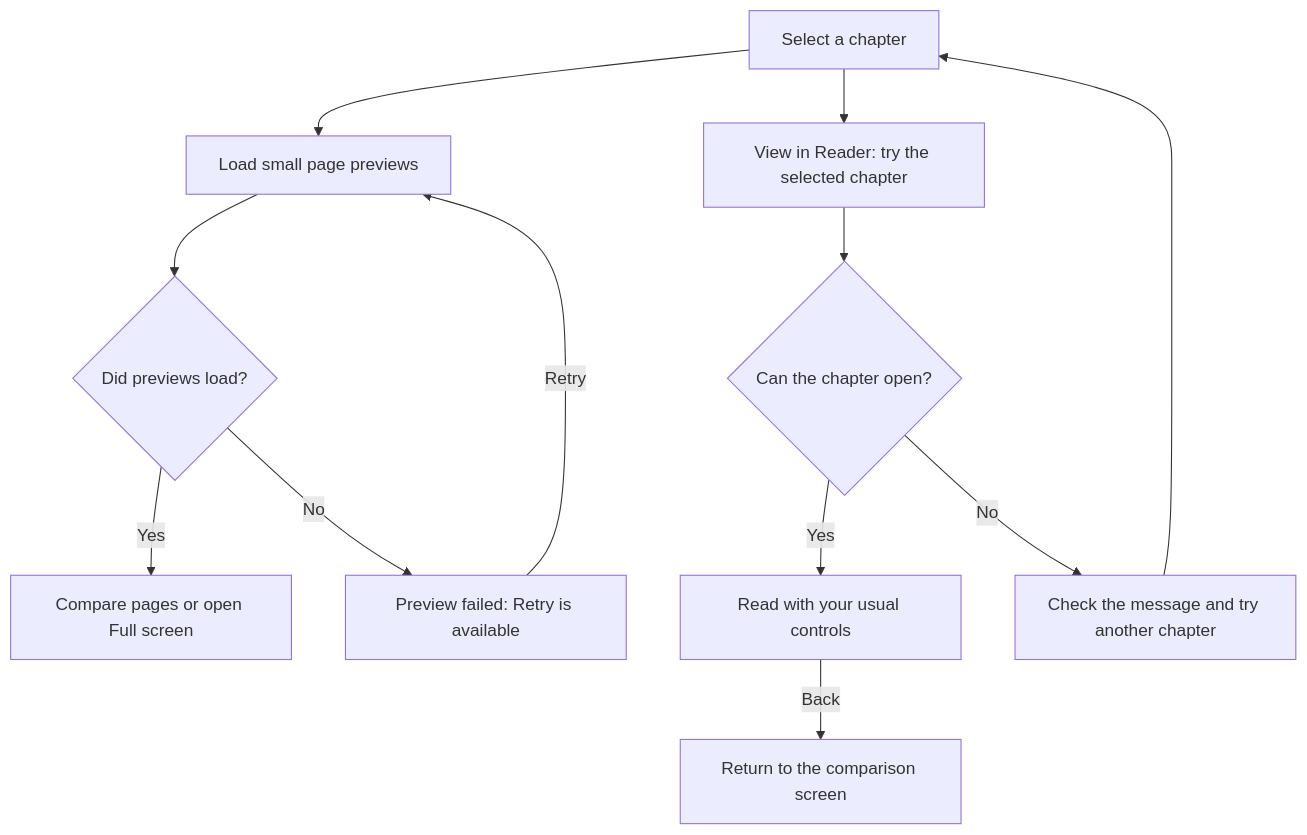
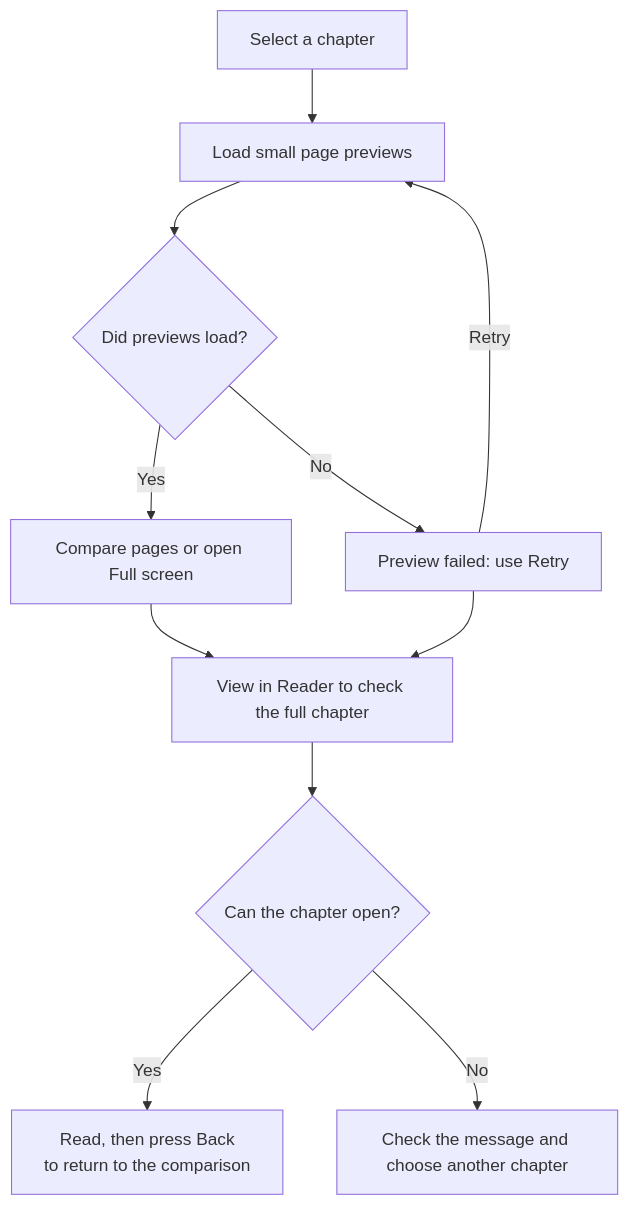
The third of 4 diagrams in docs/kmk/feature-guides/versions.md (FancyCorey/komikku-fc), drawn with Mermaid before and after one commit. The commit also changed other lines of this file and 93 other files, not shown here.

````diff
--- a/docs/kmk/feature-guides/versions.md
+++ b/docs/kmk/feature-guides/versions.md
@@ -73,14 +75,13 @@
 ```mermaid
 flowchart TD
     Chapter["Select a chapter"] --> Preview["Load small page previews"]
     Preview --> Result{"Did previews load?"}
     Result -->|Yes| Pages["Compare pages or open Full screen"]
-    Result -->|No| Failed["Preview failed: Retry is available"]
+    Result -->|No| Failed["Preview failed: use Retry"]
     Failed -->|Retry| Preview
-    Chapter --> Reader["View in Reader: try the selected chapter"]
+    Pages --> Reader["View in Reader to check the full chapter"]
+    Failed --> Reader
     Reader --> Loaded{"Can the chapter open?"}
-    Loaded -->|Yes| Read["Read with your usual controls"]
-    Read -->|Back| Compare["Return to the comparison screen"]
-    Loaded -->|No| Other["Check the message and try another chapter"]
-    Other --> Chapter
+    Loaded -->|Yes| Back["Read, then press Back<br/>to return to the comparison"]
+    Loaded -->|No| Other["Check the message and choose another chapter"]
 ```
````
